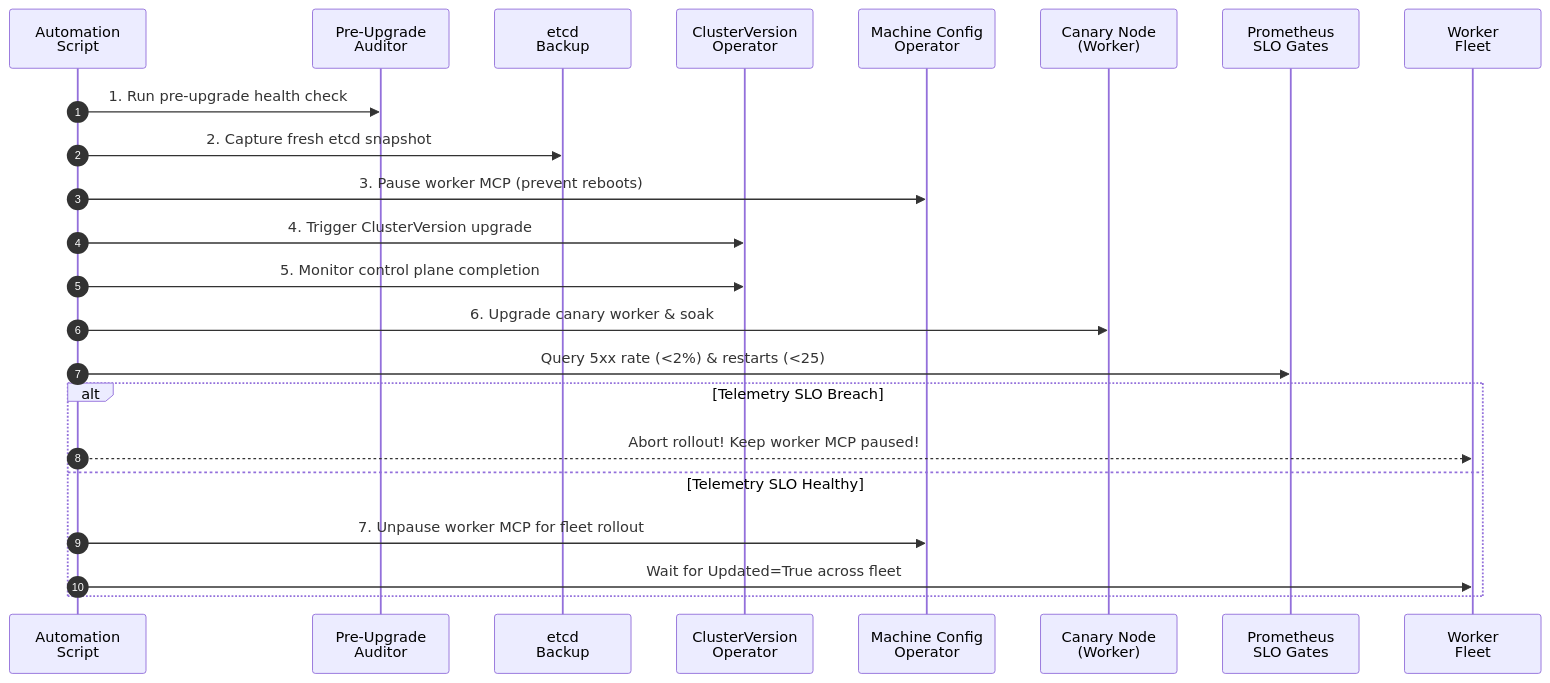
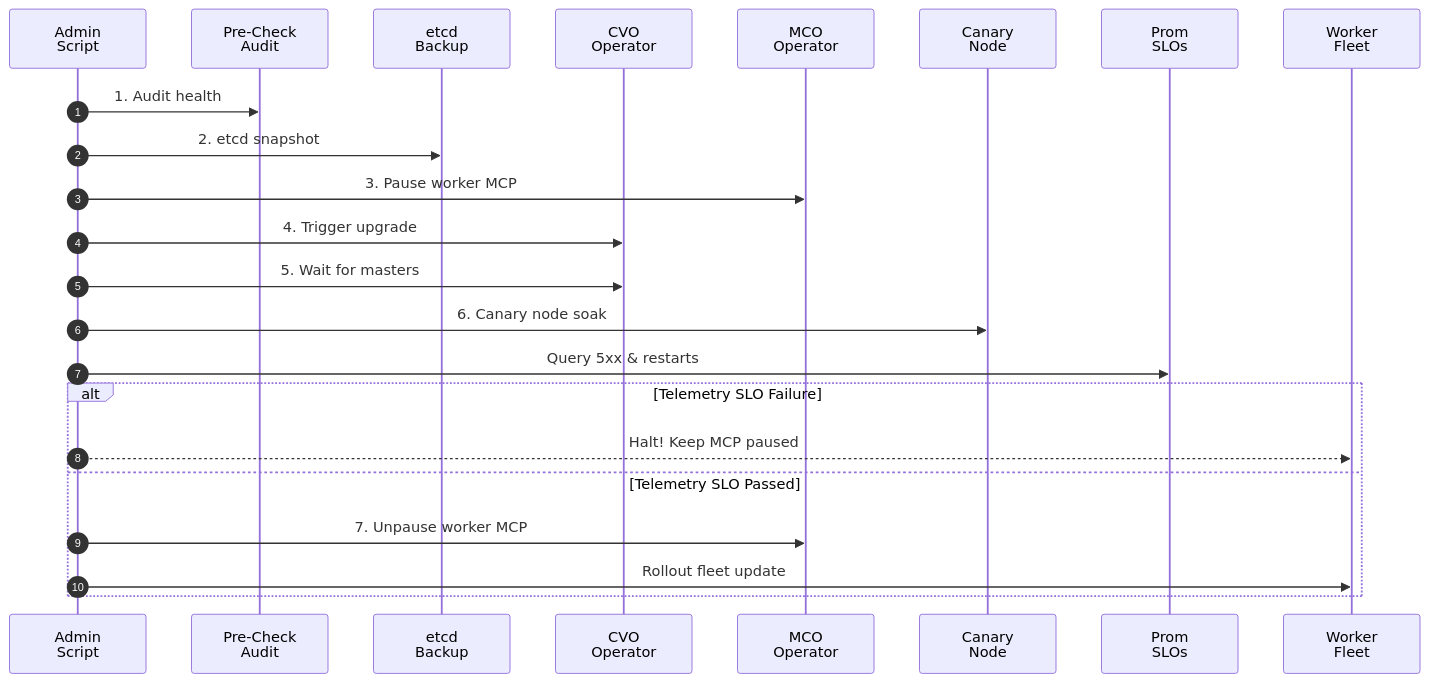
Before and after one commit to nubenetes/openshift-4-20-installation-day0-day2: the fifth of 6 diagrams in scripts/README.md, drawn with Mermaid. The commit also changed other lines of this file, not shown here.

Commit message:
fix(docs): resolve text overflow in mermaid boxes by shortening line lengths and adding ascii companion diagrams

````diff
--- a/scripts/README.md
+++ b/scripts/README.md
@@ -399,26 +464,26 @@
 ```mermaid
 sequenceDiagram
     autonumber
-    participant Admin as Automation<br/>Script
-    participant Pre as Pre-Upgrade<br/>Auditor
+    participant Admin as Admin<br/>Script
+    participant Pre as Pre-Check<br/>Audit
     participant etcd as etcd<br/>Backup
-    participant CVO as ClusterVersion<br/>Operator
-    participant MCO as Machine Config<br/>Operator
-    participant Canary as Canary Node<br/>(Worker)
-    participant Prom as Prometheus<br/>SLO Gates
+    participant CVO as CVO<br/>Operator
+    participant MCO as MCO<br/>Operator
+    participant Canary as Canary<br/>Node
+    participant Prom as Prom<br/>SLOs
     participant Fleet as Worker<br/>Fleet
 
-    Admin->>Pre: 1. Run pre-upgrade health check
-    Admin->>etcd: 2. Capture fresh etcd snapshot
-    Admin->>MCO: 3. Pause worker MCP (prevent reboots)
-    Admin->>CVO: 4. Trigger ClusterVersion upgrade
-    Admin->>CVO: 5. Monitor control plane completion
-    Admin->>Canary: 6. Upgrade canary worker & soak
-    Admin->>Prom: Query 5xx rate (<2%) & restarts (<25)
-    alt Telemetry SLO Breach
-        Admin-->>Fleet: Abort rollout! Keep worker MCP paused!
-    else Telemetry SLO Healthy
-        Admin->>MCO: 7. Unpause worker MCP for fleet rollout
-        Admin->>Fleet: Wait for Updated=True across fleet
+    Admin->>Pre: 1. Audit health
+    Admin->>etcd: 2. etcd snapshot
+    Admin->>MCO: 3. Pause worker MCP
+    Admin->>CVO: 4. Trigger upgrade
+    Admin->>CVO: 5. Wait for masters
+    Admin->>Canary: 6. Canary node soak
+    Admin->>Prom: Query 5xx & restarts
+    alt Telemetry SLO Failure
+        Admin-->>Fleet: Halt! Keep MCP paused
+    else Telemetry SLO Passed
+        Admin->>MCO: 7. Unpause worker MCP
+        Admin->>Fleet: Rollout fleet update
     end
 ```
````
